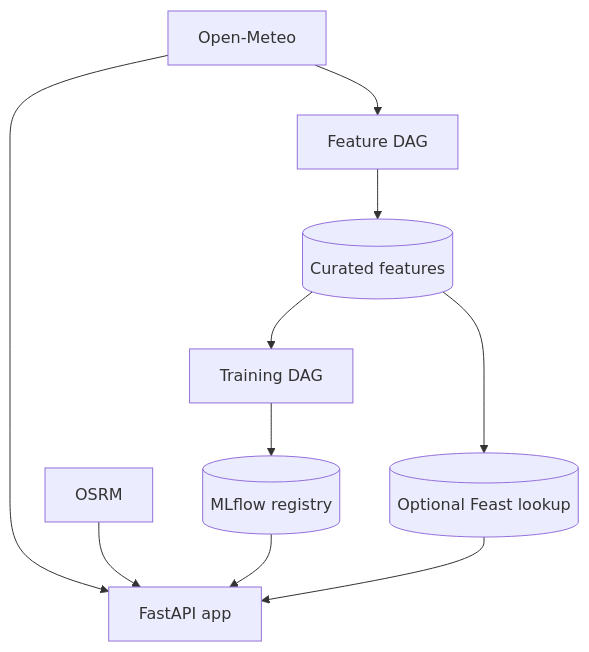
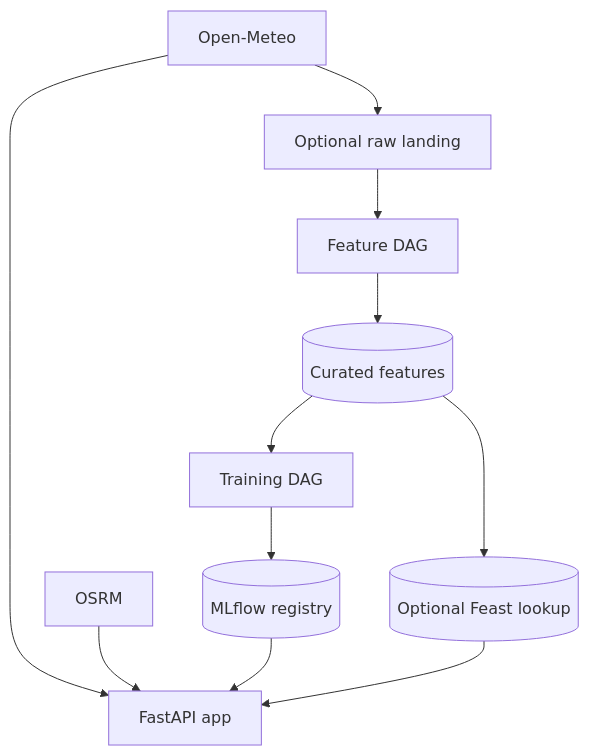
Before and after one commit to javihslu/foehncast: the first of 2 diagrams in docs/site/system/architecture.md, drawn with Mermaid. The commit also changed other lines of this file and 25 other files, not shown here.

```diff
--- a/docs/site/system/architecture.md
+++ b/docs/site/system/architecture.md
@@ -35,14 +35,15 @@
 <div class="mermaid">
 flowchart TD
-    OME[Open-Meteo] --> FEAT[Feature DAG]
+    OME[Open-Meteo] --> LAND[Optional raw landing]
+    LAND --> FEAT[Feature DAG]
     FEAT --> PAR[(Curated features)]
     PAR --> TRAIN[Training DAG]
     TRAIN --> MLF[(MLflow registry)]
 
     OME --> APP[FastAPI app]
     OSRM[OSRM] --> APP
     MLF --> APP
 
     PAR --> FEAST[(Optional Feast lookup)]
     FEAST --> APP
 </div>
```
